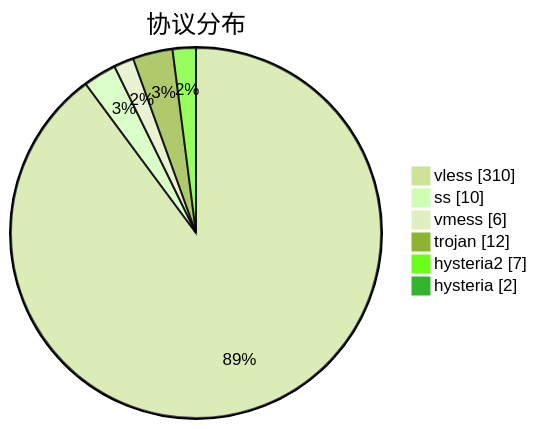
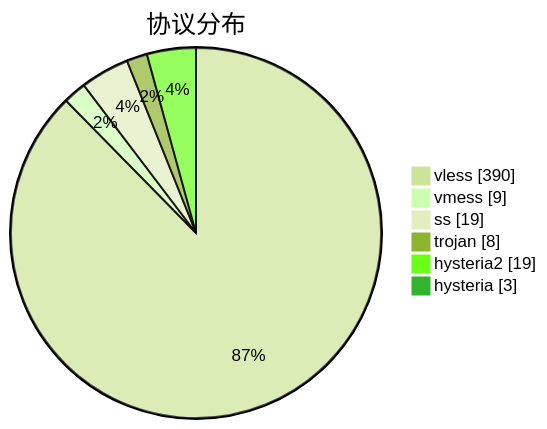
Before and after one commit to sinspired/airport: the third of 3 diagrams in subs/statistics/tested_within.md, drawn with Mermaid (forest theme). The commit also changed other lines of this file and 2 other files, not shown here.

````diff
--- a/subs/statistics/tested_within.md
+++ b/subs/statistics/tested_within.md
@@ -38,10 +43,10 @@
 ```mermaid
 pie showData
 title 协议分布
-"vless" : 310
-"ss" : 10
-"vmess" : 6
-"trojan" : 12
-"hysteria2" : 7
-"hysteria" : 2
+"vless" : 390
+"vmess" : 9
+"ss" : 19
+"trojan" : 8
+"hysteria2" : 19
+"hysteria" : 3
 ```
````
